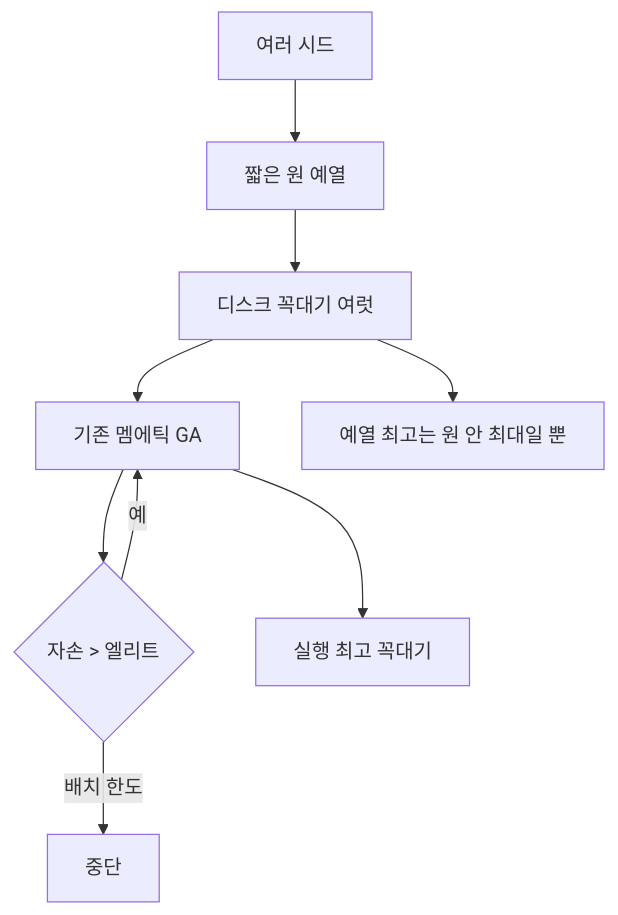
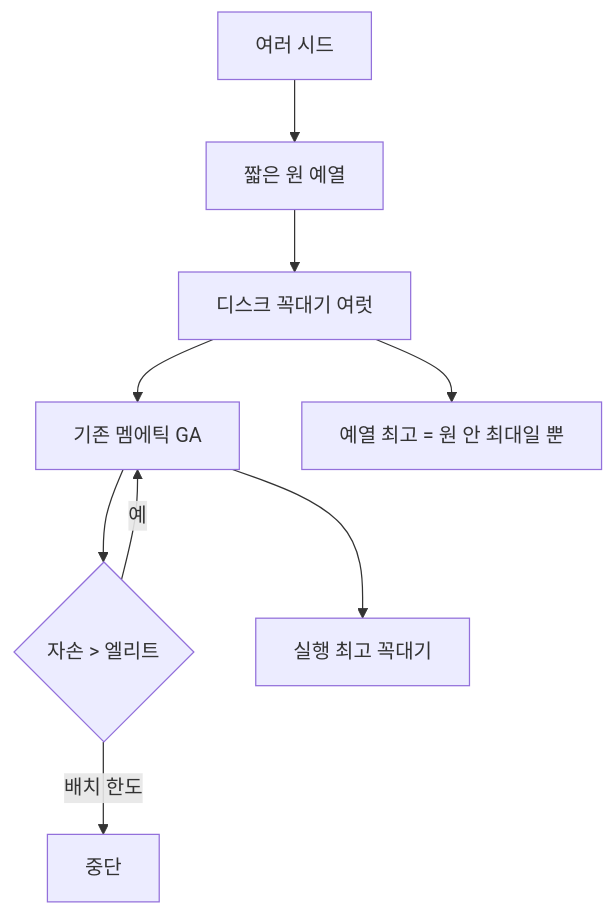
Before and after one commit to set3523/antenna_simluation: the first of 2 diagrams in README.md, drawn with Mermaid. The commit also changed other lines of this file and 69 other files, not shown here.

````diff
--- a/README.md
+++ b/README.md
@@ -95,11 +119,11 @@
 ```mermaid
 flowchart TD
   S[여러 시드] --> W[짧은 원 예열]
   W --> P[디스크 꼭대기 여럿]
   P --> G[기존 멤에틱 GA]
   G --> K{자손 > 엘리트}
   K -->|예| G
   K -->|배치 한도| X[중단]
-  P --> BEST[예열 최고는 원 안 최대일 뿐]
+  P --> BEST[예열 최고 = 원 안 최대일 뿐]
   G --> BEST2[실행 최고 꼭대기]
 ```
````
